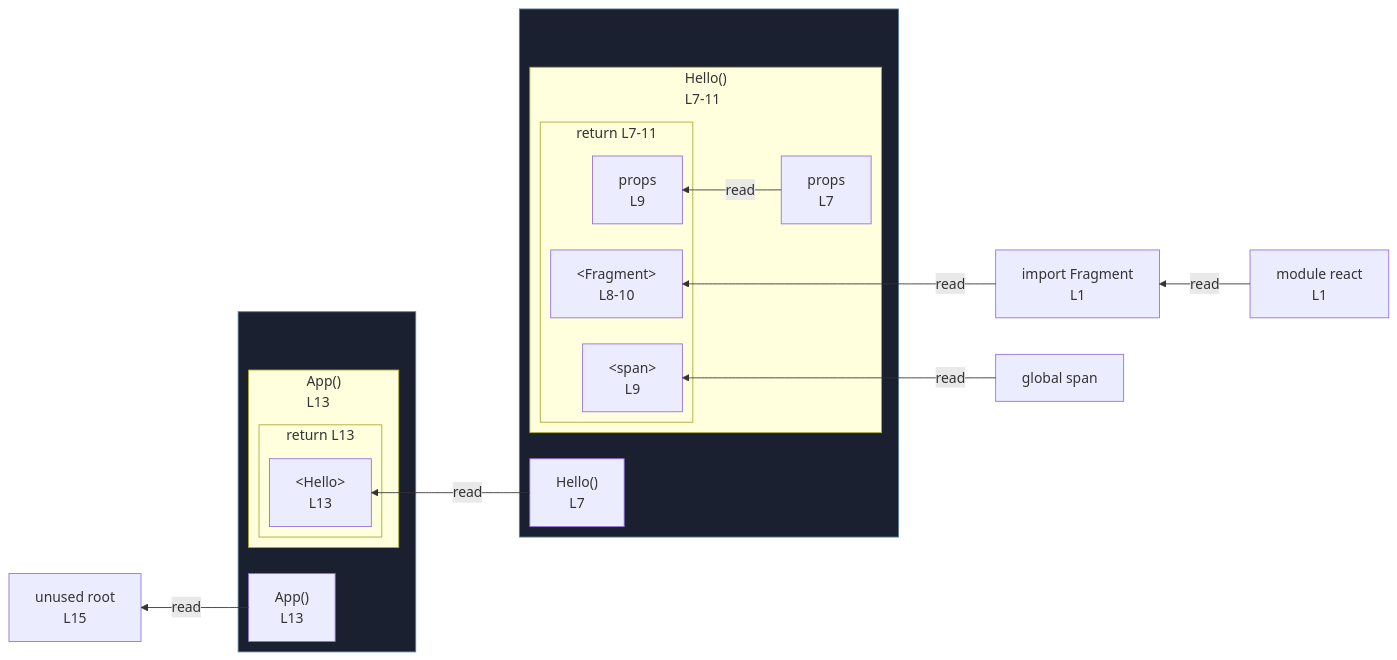
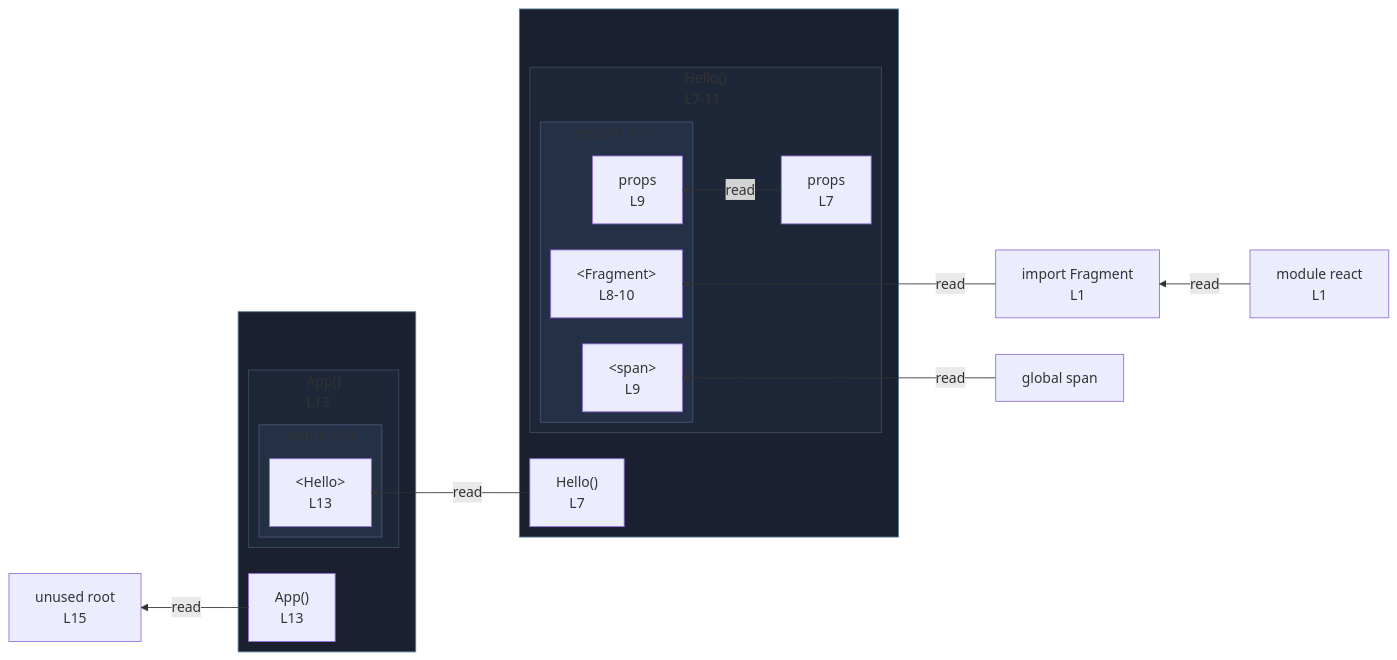
The diagram in integration/fixtures/jsx/component/preview.md (crescware/unsnarl), drawn with Mermaid before and after one commit. The commit also changed 249 other files, not shown here.

First line of the commit message:
Color Mermaid subgraphs by nesting depth via theme palette

````diff
--- a/integration/fixtures/jsx/component/preview.md
+++ b/integration/fixtures/jsx/component/preview.md
@@ -25,42 +25,48 @@
 ```mermaid
 %%{init: {"flowchart": {"defaultRenderer": "elk"}}}%%
 flowchart RL
   n_scope_0_Fragment_9["import Fragment<br/>L1"]
   n_scope_0_root_237["unused root<br/>L15"]
   n_scope_0_span_125["global span"]
   subgraph wrap_s_scope_1[" "]
     direction TB
     n_scope_0_Hello_79["Hello()<br/>L7"]
     subgraph s_scope_1["Hello()<br/>L7-11"]
       direction RL
       n_scope_1_props_88["props<br/>L7"]
       subgraph s_return_scope_0_Hello_79_105_187["return L7-11"]
         direction RL
         ret_use_ref_1["&lt;Fragment&gt;<br/>L8-10"]
         ret_use_ref_2["&lt;span&gt;<br/>L9"]
         ret_use_ref_3["props<br/>L9"]
       end
     end
   end
   subgraph wrap_s_scope_2[" "]
     direction TB
     n_scope_0_App_196["App()<br/>L13"]
     subgraph s_scope_2["App()<br/>L13"]
       direction RL
       subgraph s_return_scope_0_App_196_208_228["return L13"]
         direction RL
         ret_use_ref_5["&lt;Hello&gt;<br/>L13"]
       end
     end
   end
   n_scope_0_Fragment_9 -->|read| ret_use_ref_1
   n_scope_0_span_125 -->|read| ret_use_ref_2
   n_scope_1_props_88 -->|read| ret_use_ref_3
   n_scope_0_Hello_79 -->|read| ret_use_ref_5
   n_scope_0_App_196 -->|read| n_scope_0_root_237
   mod_react["module react<br/>L1"]
   mod_react -->|read| n_scope_0_Fragment_9
   classDef fnWrap fill:#1a2030,stroke:#5a7d99;
   class wrap_s_scope_1 fnWrap;
   class wrap_s_scope_2 fnWrap;
+  classDef nestL1 fill:#1e2738,stroke:#3d4a63;
+  class s_scope_1 nestL1;
+  class s_scope_2 nestL1;
+  classDef nestL2 fill:#233045,stroke:#475670;
+  class s_return_scope_0_Hello_79_105_187 nestL2;
+  class s_return_scope_0_App_196_208_228 nestL2;
 ```
````
